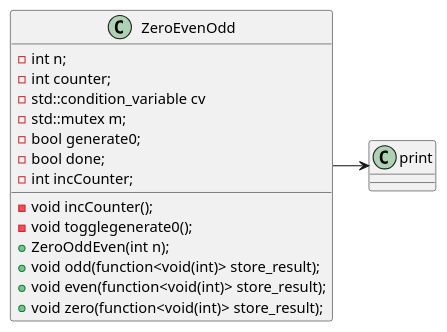
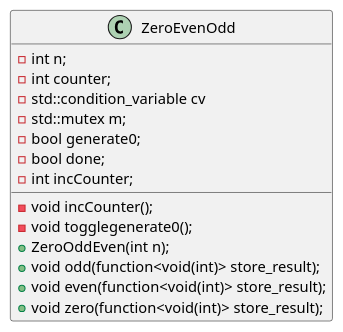
Before and after one commit to ajithcnambiar/cpp-condition-variable: the diagram in ZeroEvenOdd.puml, drawn with PlantUML. The commit also changed 1 other file, not shown here.

Commit message:
correct uml

```diff
--- a/ZeroEvenOdd.puml
+++ b/ZeroEvenOdd.puml
@@ -1,18 +1,17 @@
 @startuml
-ZeroEvenOdd -> print
 class ZeroEvenOdd{
     -int n;
     -int counter;
     -std::condition_variable cv
     -std::mutex m;
     -bool generate0;
     -bool done;
     -void incCounter();
     -void togglegenerate0();
     -int incCounter;
     +ZeroOddEven(int n);
     +void odd(function<void(int)> store_result);
     +void even(function<void(int)> store_result);
     +void zero(function<void(int)> store_result);
 }
 @enduml
```
